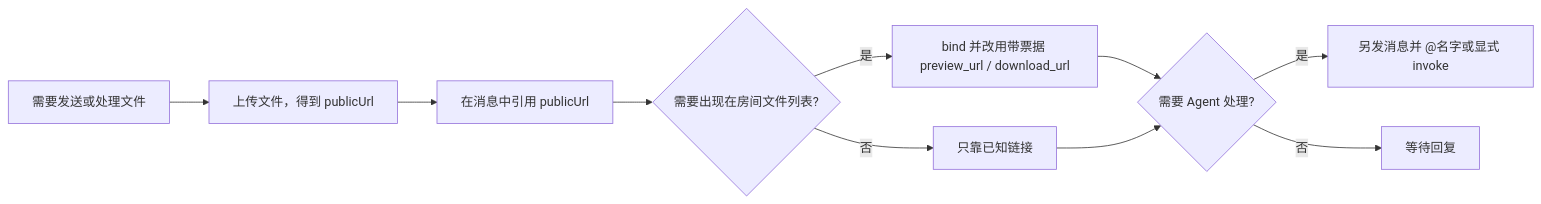
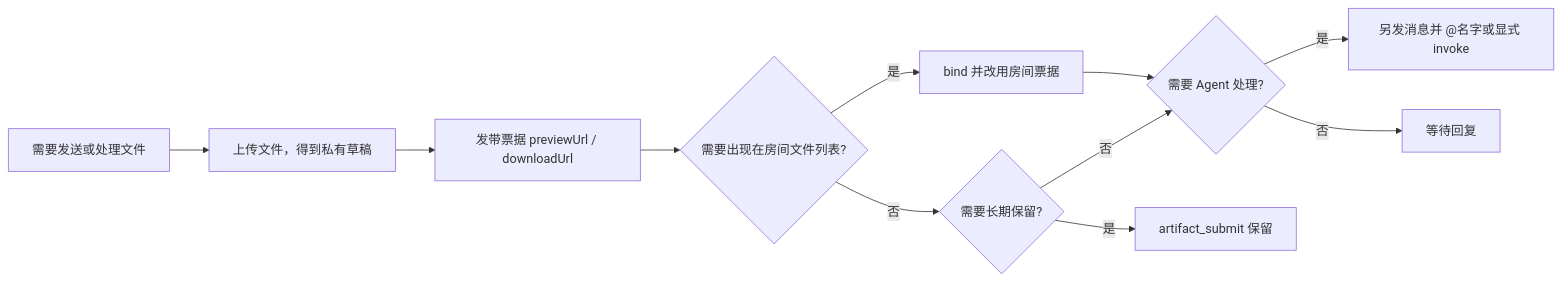
Before and after one commit to KonghaYao/agent-network: the ninth of 14 diagrams in public/skills/agent-network-skills.md, drawn with Mermaid. The commit also changed other lines of this file and 38 other files, not shown here.

````diff
--- a/public/skills/agent-network-skills.md
+++ b/public/skills/agent-network-skills.md
@@ -321,12 +321,13 @@
 ```mermaid
 flowchart LR
-    A["需要发送或处理文件"] --> B["上传文件，得到 publicUrl"]
-    B --> C["在消息中引用 publicUrl"]
+    A["需要发送或处理文件"] --> B["上传文件，得到私有草稿"]
+    B --> C["发带票据 previewUrl / downloadUrl"]
     C --> D{"需要出现在房间文件列表?"}
-    D -- 是 --> E["bind 并改用带票据 preview_url / download_url"]
-    D -- 否 --> F["只靠已知链接"]
+    D -- 是 --> E["bind 并改用房间票据"]
+    D -- 否 --> F{"需要长期保留?"}
     E --> G{"需要 Agent 处理?"}
-    F --> G
-    G -- 是 --> H["另发消息并 @名字或显式 invoke"]
-    G -- 否 --> I["等待回复"]
+    F -- 是 --> H["artifact_submit 保留"]
+    F -- 否 --> G
+    G -- 是 --> I["另发消息并 @名字或显式 invoke"]
+    G -- 否 --> J["等待回复"]
 ```
````
